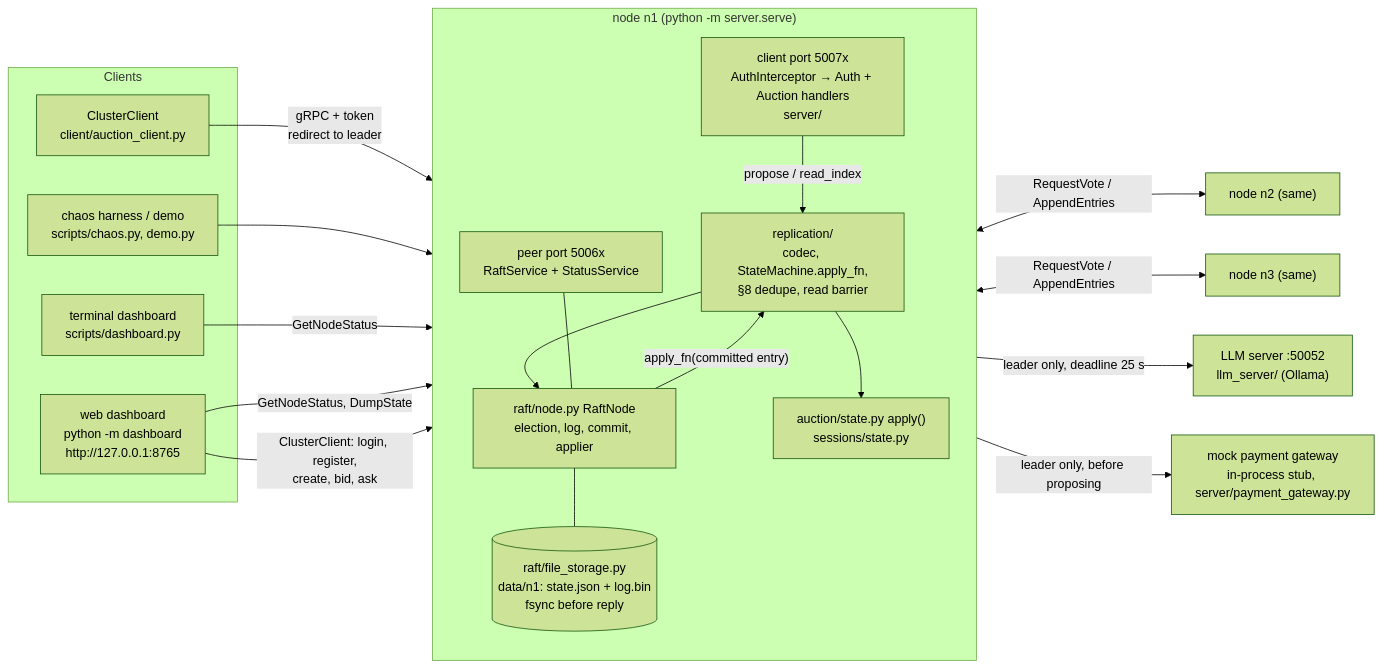
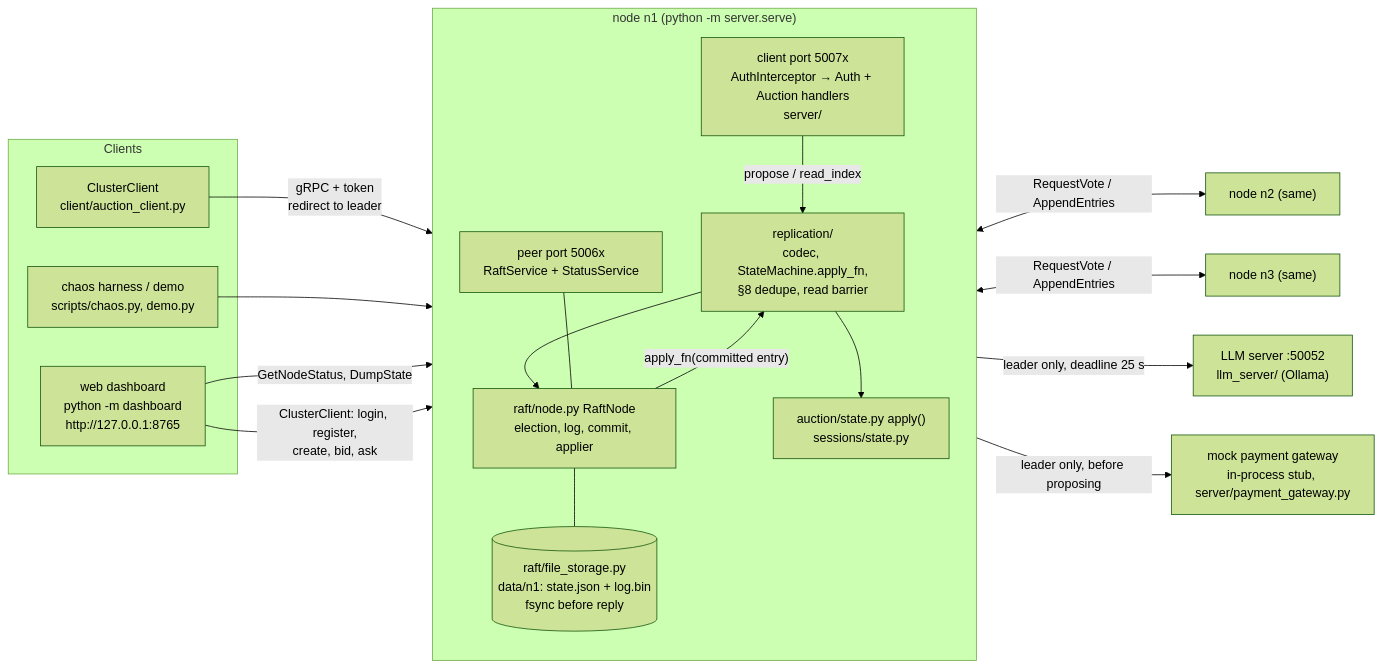
The diagram in README.md (MrudulDhaduk/Distributed-Auction-System), drawn with Mermaid (forest theme) before and after one commit. The commit also changed other lines of this file and 4 other files, not shown here.

````diff
--- a/README.md
+++ b/README.md
@@ -34,38 +491,36 @@
 ```mermaid
 flowchart LR
     subgraph Clients
         C1[ClusterClient<br/>client/auction_client.py]
         H[chaos harness / demo<br/>scripts/chaos.py, demo.py]
-        D[terminal dashboard<br/>scripts/dashboard.py]
         W[web dashboard<br/>python -m dashboard<br/>http://127.0.0.1:8765]
     end
 
     subgraph N1["node n1 (python -m server.serve)"]
         direction TB
         A1["client port 5007x<br/>AuthInterceptor → Auth + Auction handlers<br/>server/"]
         R1["replication/<br/>codec, StateMachine.apply_fn,<br/>§8 dedupe, read barrier"]
         S1["auction/state.py apply()<br/>sessions/state.py"]
         K1["raft/node.py RaftNode<br/>election, log, commit, applier"]
         F1[("raft/file_storage.py<br/>data/n1: state.json + log.bin<br/>fsync before reply")]
         P1["peer port 5006x<br/>RaftService + StatusService"]
         A1 -- "propose / read_index" --> R1 --> K1
         K1 -- "apply_fn(committed entry)" --> R1 --> S1
         K1 --- F1
         P1 --- K1
     end
 
     N2["node n2 (same)"]
     N3["node n3 (same)"]
     L["LLM server :50052<br/>llm_server/ (Ollama)"]
     G["mock payment gateway<br/>in-process stub, server/payment_gateway.py"]
 
     C1 -- "gRPC + token<br/>redirect to leader" --> A1
     H --> A1
-    D -- "GetNodeStatus" --> P1
     W -- "GetNodeStatus, DumpState" --> P1
     W -- "ClusterClient: login, register,<br/>create, bid, ask" --> A1
     P1 <-- "RequestVote / AppendEntries" --> N2
     P1 <-- "RequestVote / AppendEntries" --> N3
     A1 -- "leader only, deadline 25 s" --> L
     A1 -- "leader only, before proposing" --> G
 ```
````
